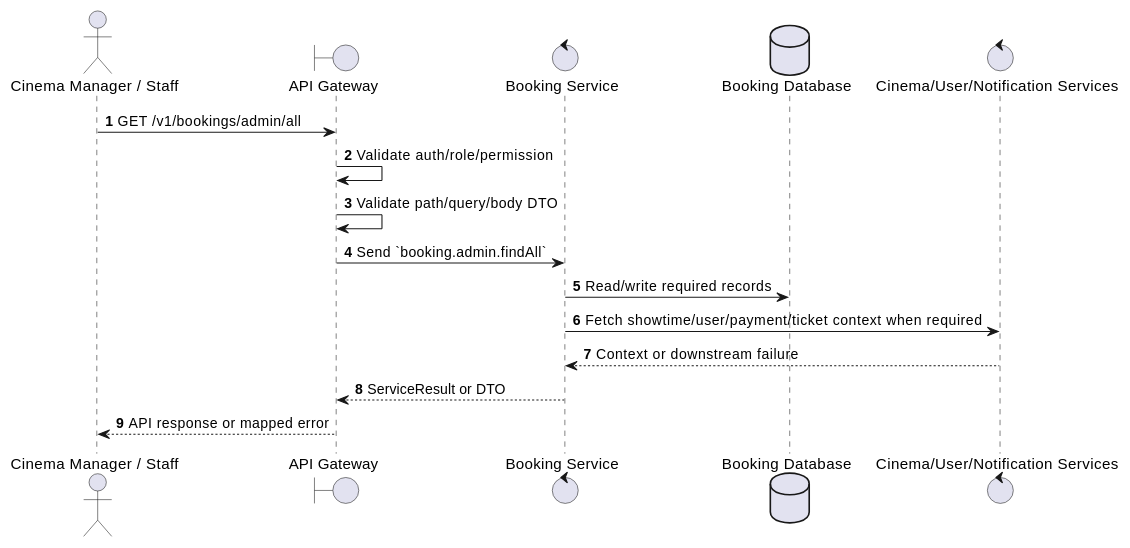
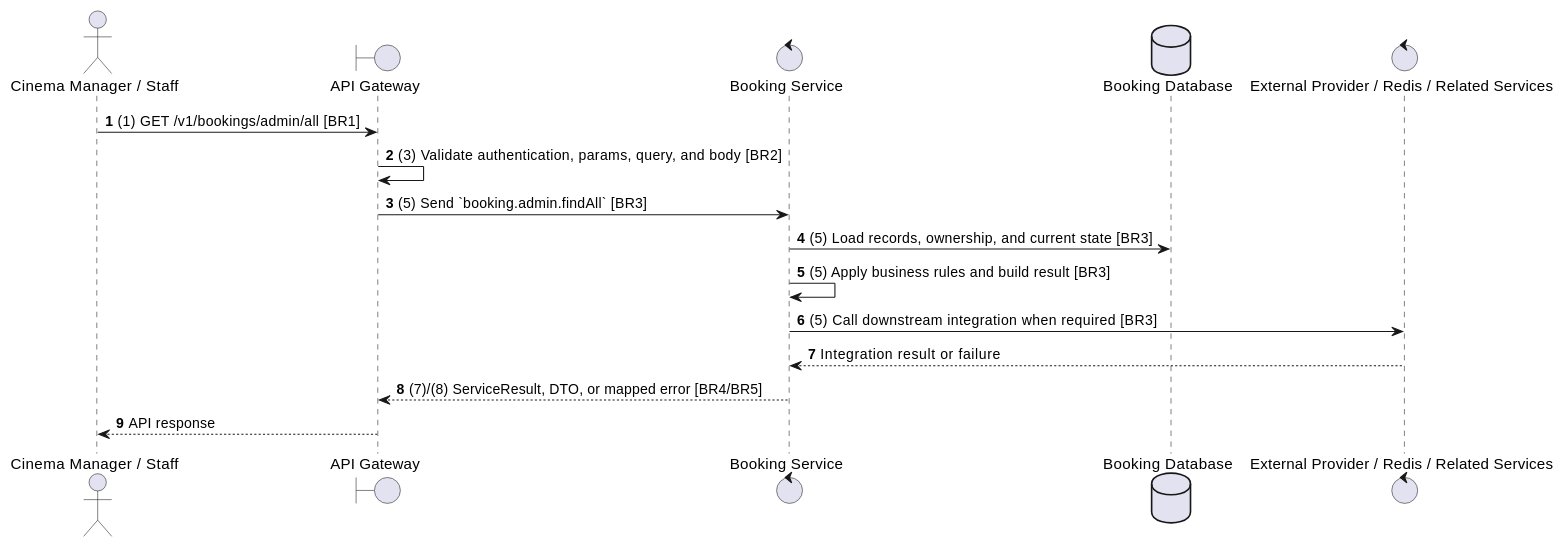
Before and after one commit to Tanh1603/movie-hub-architecture: the second of 2 diagrams in docs/functional_specs/3.5.2_Admin_Booking_Operations/BK-A01_Admin_List_All_Bookings.md, drawn with PlantUML. The commit also changed other lines of this file and 129 other files, not shown here.

````diff
--- a/docs/functional_specs/3.5.2_Admin_Booking_Operations/BK-A01_Admin_List_All_Bookings.md
+++ b/docs/functional_specs/3.5.2_Admin_Booking_Operations/BK-A01_Admin_List_All_Bookings.md
@@ -17,20 +64,20 @@
 ```plantuml
 @startuml
 autonumber
 actor "Cinema Manager / Staff" as Actor
 boundary "API Gateway" as GW
 control "Booking Service" as SVC
 database "Booking Database" as DB
-control "Cinema/User/Notification Services" as EXT
+control "External Provider / Redis / Related Services" as EXT
 
-Actor -> GW: GET /v1/bookings/admin/all
-GW -> GW: Validate auth/role/permission
-GW -> GW: Validate path/query/body DTO
-GW -> SVC: Send `booking.admin.findAll`
-SVC -> DB: Read/write required records
-SVC -> EXT: Fetch showtime/user/payment/ticket context when required
-EXT --> SVC: Context or downstream failure
-SVC --> GW: ServiceResult or DTO
-GW --> Actor: API response or mapped error
+Actor -> GW: (1) GET /v1/bookings/admin/all [BR1]
+GW -> GW: (3) Validate authentication, params, query, and body [BR2]
+GW -> SVC: (5) Send `booking.admin.findAll` [BR3]
+SVC -> DB: (5) Load records, ownership, and current state [BR3]
+SVC -> SVC: (5) Apply business rules and build result [BR3]
+SVC -> EXT: (5) Call downstream integration when required [BR3]
+EXT --> SVC: Integration result or failure
+SVC --> GW: (7)/(8) ServiceResult, DTO, or mapped error [BR4/BR5]
+GW --> Actor: API response
 @enduml
 ```
````
